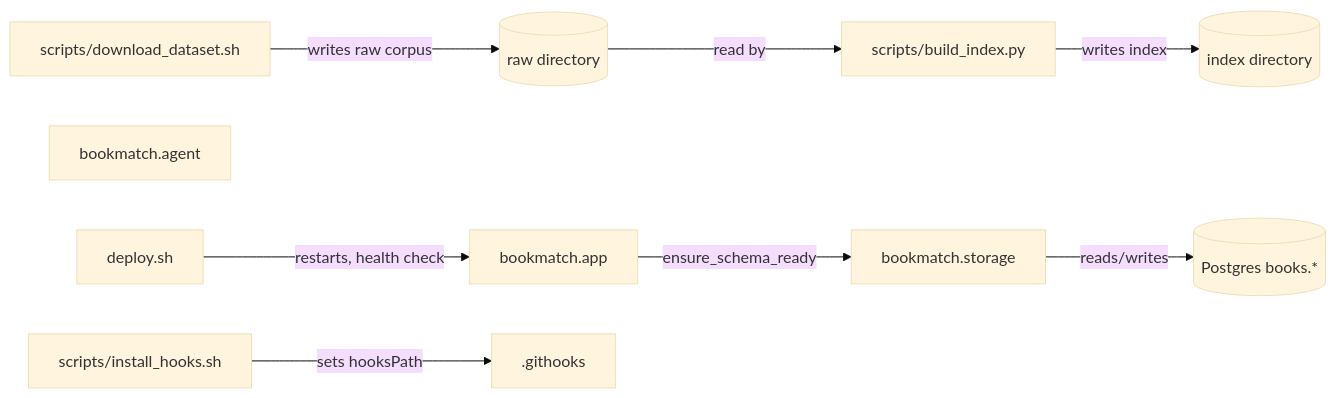
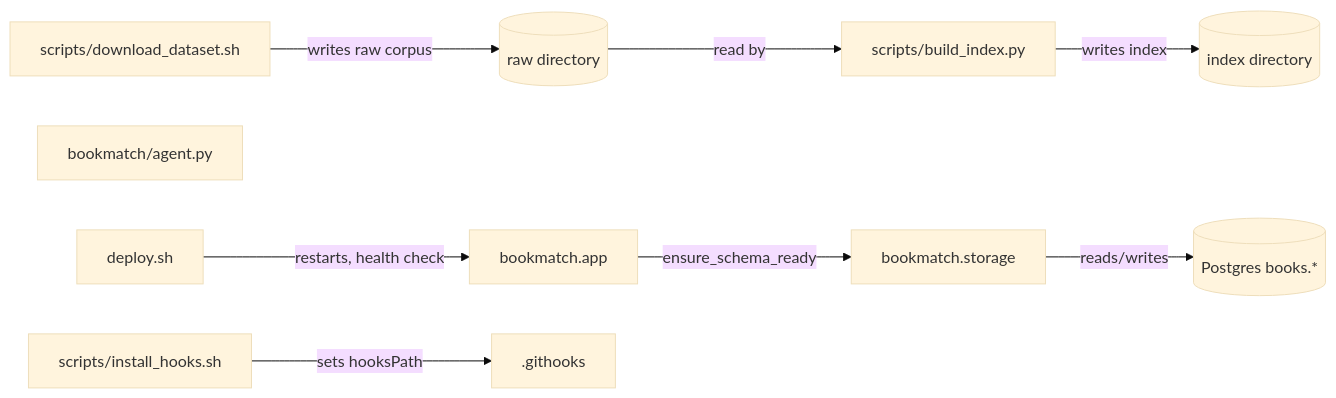
The diagram in docs/2_SYSTEM_ARCHITECTURE.md (cptntrps/bookmatch), drawn with Mermaid (base theme) before and after one commit. The commit also changed other lines of this file and 5 other files, not shown here.

````diff
--- a/docs/2_SYSTEM_ARCHITECTURE.md
+++ b/docs/2_SYSTEM_ARCHITECTURE.md
@@ -64,11 +54,11 @@
 ```mermaid
 graph LR
     download[scripts/download_dataset.sh] -->|writes raw corpus| raw[(raw directory)]
     raw -->|read by| build[scripts/build_index.py]
     build -->|writes index| index[(index directory)]
     app[bookmatch.app] -->|ensure_schema_ready| storage[bookmatch.storage]
     storage -->|reads/writes| pg[(Postgres books.*)]
-    agent[bookmatch.agent]
+    agent[bookmatch/agent.py]
     deploy[deploy.sh] -->|restarts, health check| app
     hooks[scripts/install_hooks.sh] -->|sets hooksPath| githooks[.githooks]
 ```
````
